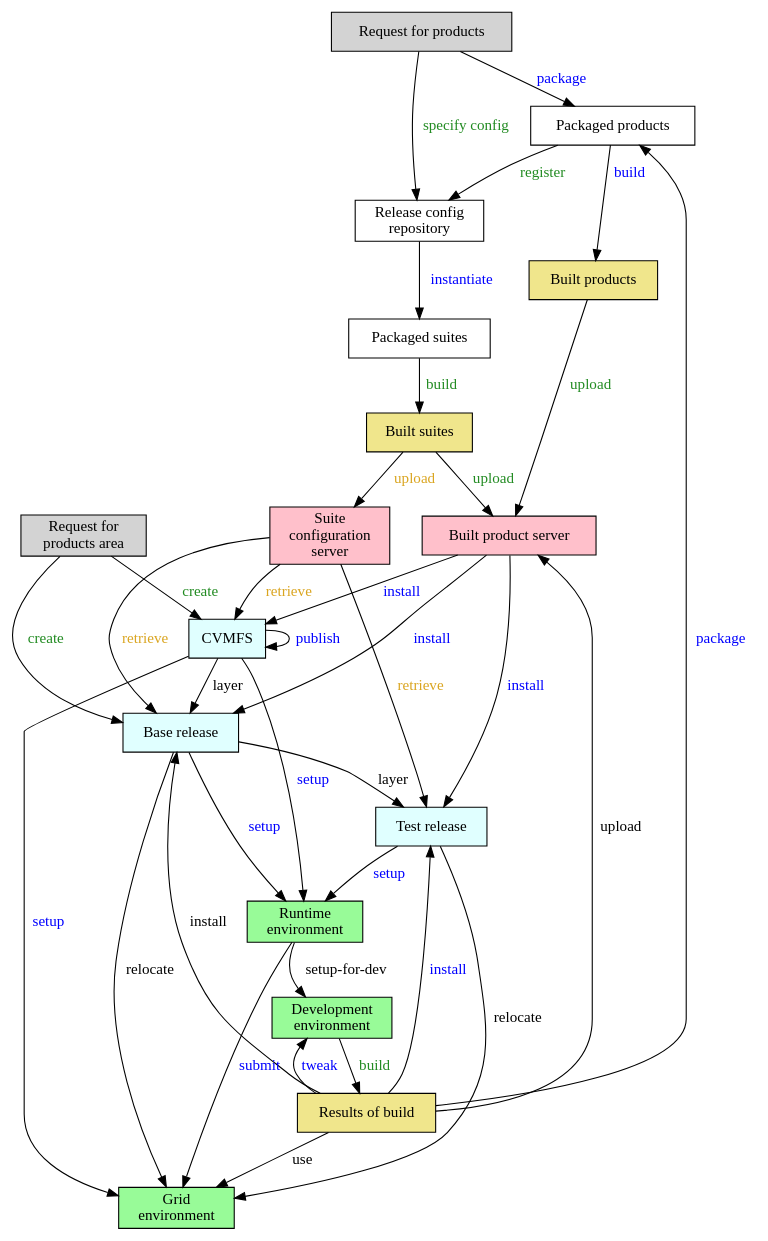
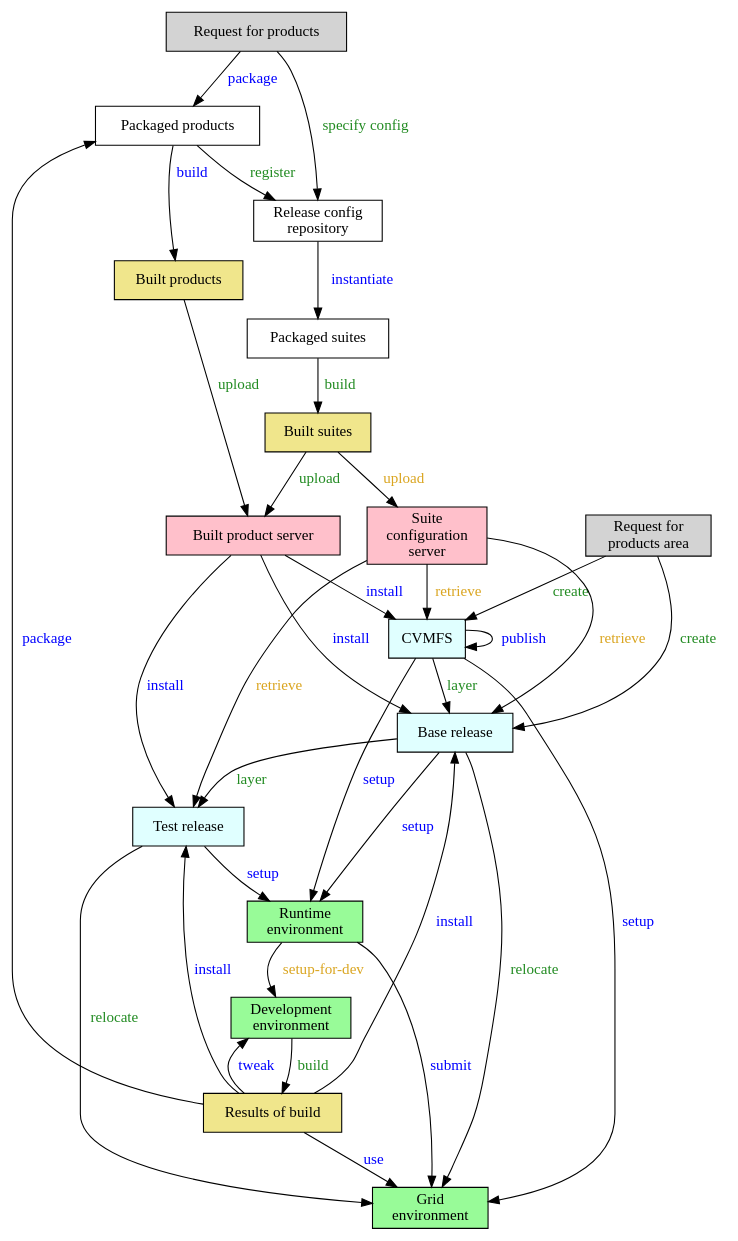
One commit to marcpaterno/spack_retreat changed the diagram in spack.gv. Above: the diagram before and after it, drawn with Graphviz.

Commit message:
Colorize all verbs.

```diff
--- a/spack.gv
+++ b/spack.gv
@@ -1,58 +1,57 @@
 digraph test {
 
   node [shape="rectangle"]
-  nodesep=0.3
+  nodesep=0.35
 
   request [label="Request for products", style=filled, fillcolor=lightgray]
   request_for_products_area [label="Request for\nproducts area", style=filled, fillcolor=lightgray]
   packaged_products [label="Packaged products"]
   scisoft [label="Built product server", style=filled, fillcolor=pink]
   suite_config_server [label="Suite\nconfiguration\nserver", style=filled, fillcolor=pink]
   build [label="Built products", style=filled, fillcolor=khaki]
   built_env [label="Built suites", style=filled, fillcolor=khaki]
   packaged_suites [label="Packaged suites"]
   release_config [label="Release config\nrepository"]
   developed [label="Results of build", style=filled, fillcolor=khaki]
   local_install [label="Base release", style=filled, fillcolor=lightcyan]
   test_release [label="Test release", style=filled, fillcolor=lightcyan]
   CVMFS [style=filled, fillcolor=lightcyan]
   runtime [label="Runtime\nenvironment", style=filled, fillcolor=palegreen]
   grid [label="Grid\nenvironment", style=filled, fillcolor=palegreen]
   development [label="Development\nenvironment", style=filled, fillcolor=palegreen]
 
   CVMFS -> grid [label=" setup", fontcolor=blue]
   CVMFS -> runtime [label=" setup", fontcolor=blue]
-  CVMFS -> local_install [label="layer", fontcolor=black]
-  CVMFS -> CVMFS [label="publish", fontcolor=blue]
+  CVMFS -> local_install [label="layer", fontcolor=forestgreen]
+  CVMFS -> CVMFS [label=" publish", fontcolor=blue]
   build -> scisoft [label=" upload", fontcolor=forestgreen]
-  local_install -> grid [label=" relocate", fontcolor=black]
+  local_install -> grid [label=" relocate", fontcolor=forestgreen]
   local_install -> runtime [label=" setup", fontcolor=blue]
-  local_install -> test_release[label="layer", fontcolor=black]
+  local_install -> test_release[label="layer", fontcolor=forestgreen]
   packaged_products -> build [label=" build", fontcolor=blue]
   packaged_products -> release_config [label="register", fontcolor=forestgreen]
   packaged_suites -> built_env [label=" build", fontcolor=forestgreen]
   built_env -> scisoft [label="upload", fontcolor=forestgreen]
   built_env -> suite_config_server [label=" upload", fontcolor=goldenrod]
-  release_config -> packaged_suites [label = "instantiate", fontcolor=blue]
+  release_config -> packaged_suites [label = " instantiate", fontcolor=blue]
   request -> packaged_products [label="package", fontcolor=blue]
   request -> release_config [label="specify config", fontcolor=forestgreen]
   request_for_products_area -> CVMFS [label=" create", fontcolor=forestgreen]
   request_for_products_area -> local_install [label=" create", fontcolor=forestgreen]
   scisoft -> CVMFS [label="install", fontcolor=blue]
   scisoft -> local_install [label="install", fontcolor=blue]
   scisoft -> test_release [label="install", fontcolor=blue]
   suite_config_server -> CVMFS [label="retrieve", fontcolor=goldenrod]
   suite_config_server -> local_install [label="retrieve", fontcolor=goldenrod]
   suite_config_server -> test_release [label="retrieve", fontcolor=goldenrod]
-  test_release -> grid [label="relocate", fontcolor=black]
+  test_release -> grid [label=" relocate", fontcolor=forestgreen]
   test_release -> runtime [label="setup", fontcolor=blue]
-  runtime -> development [label=" setup-for-dev", fontcolor=black]
+  runtime -> development [label=" setup-for-dev", fontcolor=goldenrod]
   runtime -> grid [label="submit", fontcolor=blue]
   development -> developed [label=" build", fontcolor=forestgreen]
-  developed -> development [label="tweak", fontcolor=blue]
-  developed -> local_install [label=" install", fontcolor=black]
-  developed -> grid [label="use", fontcolor=black]
-  developed -> scisoft [label=" upload", fontcolor=black]
+  developed -> development [label=" tweak", fontcolor=blue]
+  developed -> local_install [label=" install", fontcolor=blue]
+  developed -> grid [label="use", fontcolor=blue]
   developed -> packaged_products [label=" package", fontcolor=blue]
   developed -> test_release [label="install", fontcolor=blue]
 }
```
